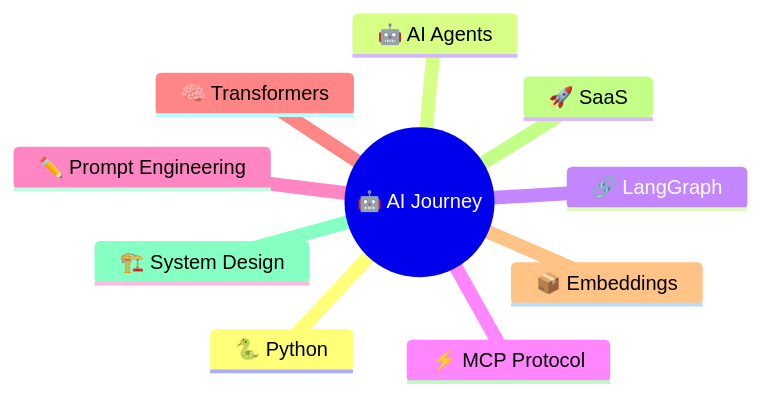
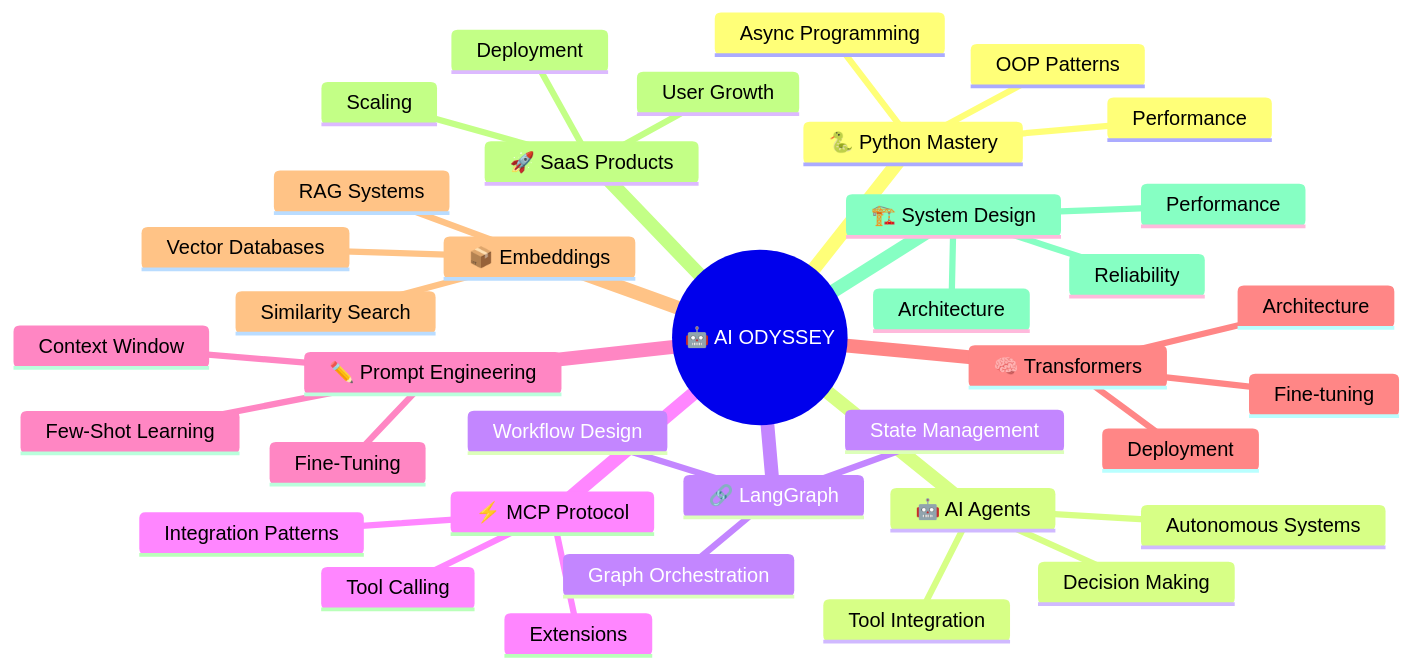
One commit to Haafil17/Haafil17 changed the diagram in README.md. Above: the diagram before and after it, drawn with Mermaid. The commit also changed other lines of this file, not shown here.

````diff
--- a/README.md
+++ b/README.md
@@ -23,13 +25,40 @@
 ```mermaid
 mindmap
-  root((🤖 AI Journey))
-    🐍 Python
+  root((🤖 AI ODYSSEY))
+    🐍 Python Mastery
+      Async Programming
+      OOP Patterns
+      Performance
     🤖 AI Agents
+      Autonomous Systems
+      Decision Making
+      Tool Integration
     🔗 LangGraph
+      Workflow Design
+      State Management
+      Graph Orchestration
     ⚡ MCP Protocol
+      Tool Calling
+      Integration Patterns
+      Extensions
     ✏️ Prompt Engineering
+      Context Window
+      Few-Shot Learning
+      Fine-Tuning
     🧠 Transformers
+      Architecture
+      Fine-tuning
+      Deployment
     📦 Embeddings
-    🚀 SaaS
+      Vector Databases
+      Similarity Search
+      RAG Systems
+    🚀 SaaS Products
+      Deployment
+      Scaling
+      User Growth
     🏗️ System Design
+      Architecture
+      Performance
+      Reliability
 ```
````
